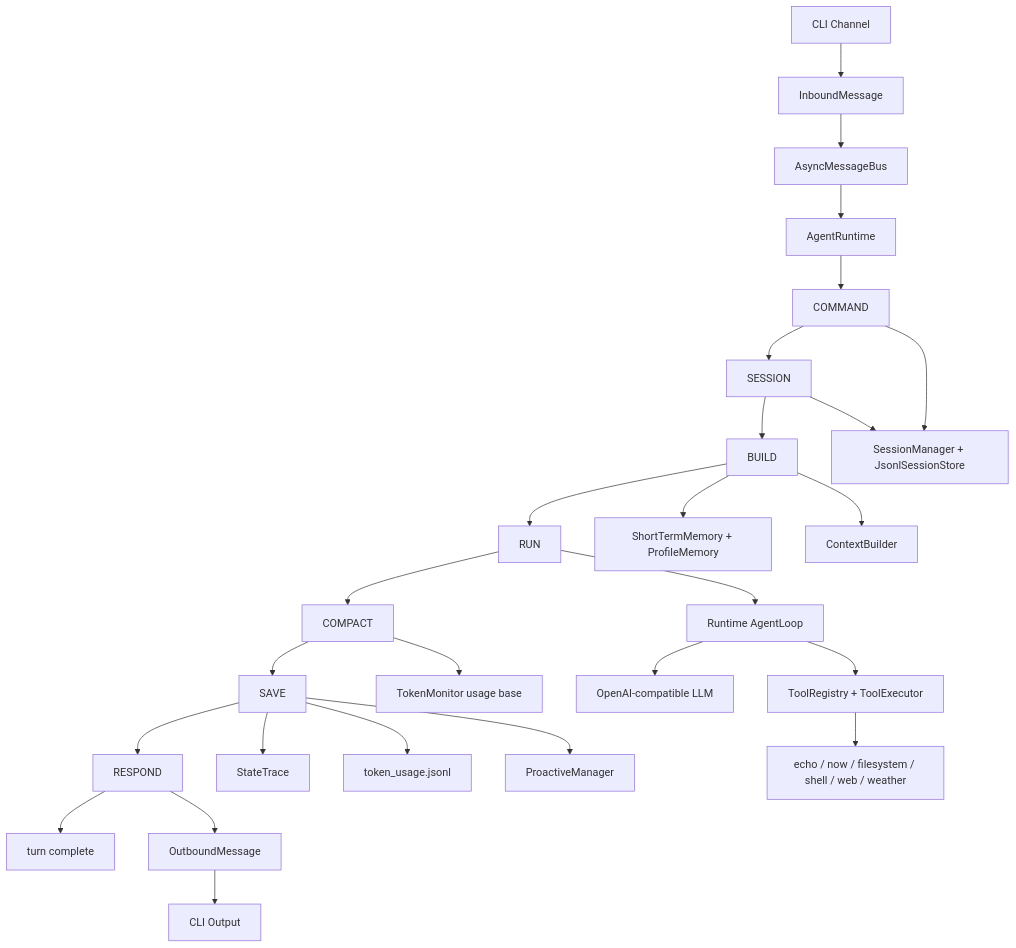
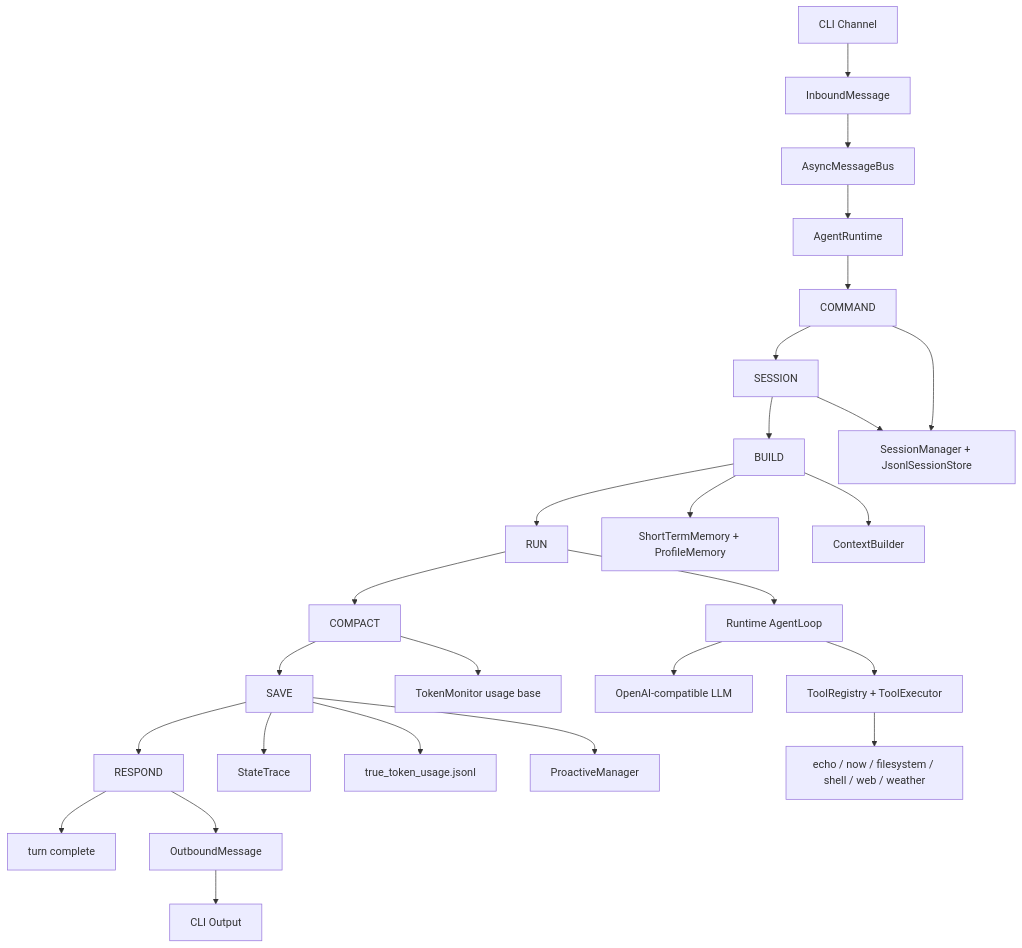
The diagram in README.md (neystan/Turning-Good-Agent), drawn with Mermaid before and after one commit. The commit also changed other lines of this file and 15 other files, not shown here.

````diff
--- a/README.md
+++ b/README.md
@@ -81,33 +81,33 @@
 ```mermaid
 flowchart TD
     CLI[CLI Channel] --> Inbound[InboundMessage]
     Inbound --> Bus[AsyncMessageBus]
     Bus --> Runtime[AgentRuntime]
 
     Runtime --> Command[COMMAND]
     Command --> Session[SESSION]
     Session --> Build[BUILD]
     Build --> Run[RUN]
     Run --> Compact[COMPACT]
     Compact --> Save[SAVE]
     Save --> Respond[RESPOND]
     Respond --> End[turn complete]
 
     Command --> SessionStore[SessionManager + JsonlSessionStore]
     Session --> SessionStore
     Build --> Memory[ShortTermMemory + ProfileMemory]
     Build --> Context[ContextBuilder]
 
     Run --> AgentLoop[Runtime AgentLoop]
     AgentLoop --> LLM[OpenAI-compatible LLM]
     AgentLoop --> Tools[ToolRegistry + ToolExecutor]
     Tools --> Builtins[echo / now / filesystem / shell / web / weather]
 
     Compact --> Token[TokenMonitor usage base]
     Save --> Trace[StateTrace]
-    Save --> TokenUsage[token_usage.jsonl]
+    Save --> TokenUsage[true_token_usage.jsonl]
     Save --> Proactive[ProactiveManager]
 
     Respond --> Outbound[OutboundMessage]
     Outbound --> CLIOut[CLI Output]
 ```
````
